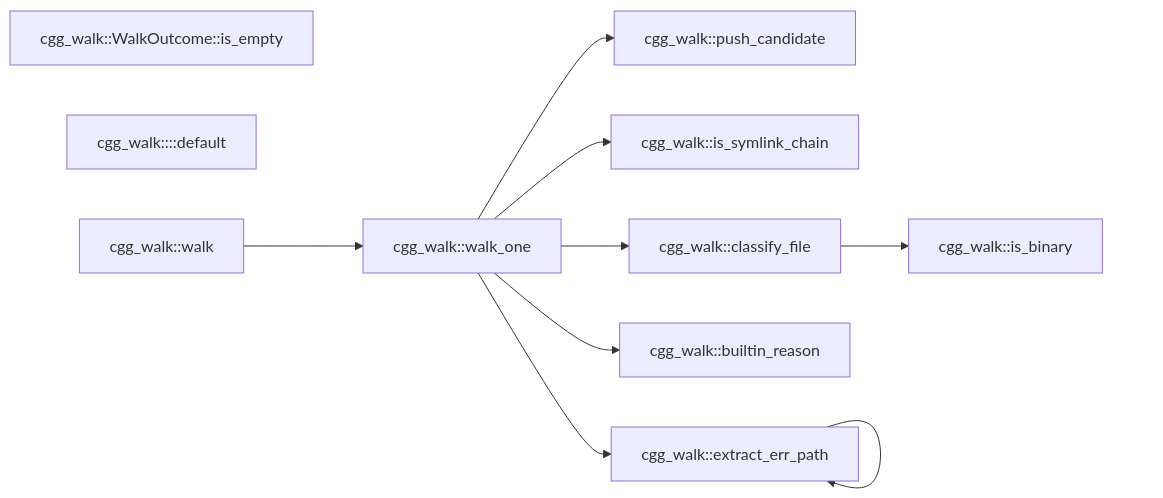
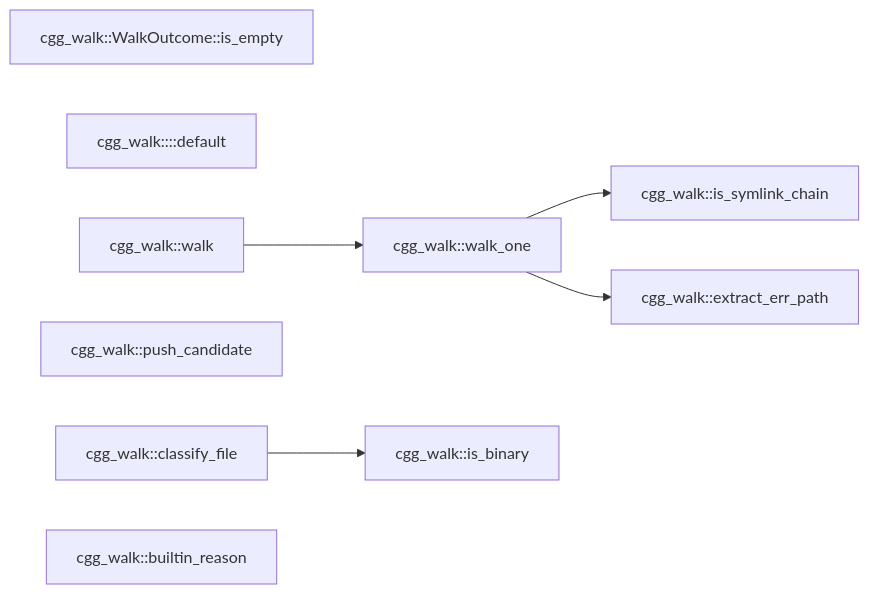
One commit to NeuralNotwerk/cgg changed the second of 3 diagrams in README.md. Above: the diagram before and after it, drawn with Mermaid. The commit also changed other lines of this file and 4 other files, not shown here.

````diff
--- a/README.md
+++ b/README.md
@@ -348,21 +357,17 @@
 ```mermaid
 flowchart LR
   C0["cgg_walk::WalkOutcome::is_empty"]
   C1["cgg_walk::<WalkConfig as Default>::default"]
   C2["cgg_walk::walk"]
   C3["cgg_walk::walk_one"]
   C4["cgg_walk::push_candidate"]
   C5["cgg_walk::is_symlink_chain"]
   C6["cgg_walk::classify_file"]
   C7["cgg_walk::is_binary"]
   C8["cgg_walk::builtin_reason"]
   C9["cgg_walk::extract_err_path"]
   C2 --> C3
-  C3 --> C4
   C3 --> C5
-  C3 --> C6
-  C3 --> C8
   C3 --> C9
   C6 --> C7
-  C9 --> C9
 ```
````
